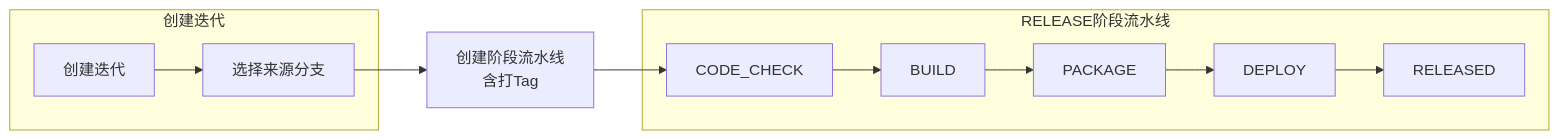
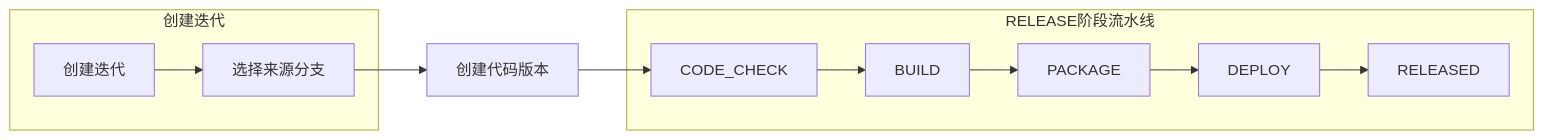
The third of 8 diagrams in docs/plans/procode-platform/hld/hld.md (qdw497874677/high-code-doc), drawn with Mermaid before and after one commit. The commit also changed other lines of this file, not shown here.

````diff
--- a/docs/plans/procode-platform/hld/hld.md
+++ b/docs/plans/procode-platform/hld/hld.md
@@ -140,16 +140,16 @@
 ```mermaid
 flowchart LR
     subgraph 创建迭代
         A1[创建迭代] --> A2[选择来源分支]
     end
 
-    A2 --> B0[创建阶段流水线<br/>含打Tag]
+    A2 --> B0[创建代码版本]
     B0 --> C1
 
     subgraph RELEASE阶段流水线
         C1[CODE_CHECK] --> C2[BUILD]
         C2 --> C3[PACKAGE]
         C3 --> C4[DEPLOY]
         C4 --> C5[RELEASED]
     end
 ```
````
